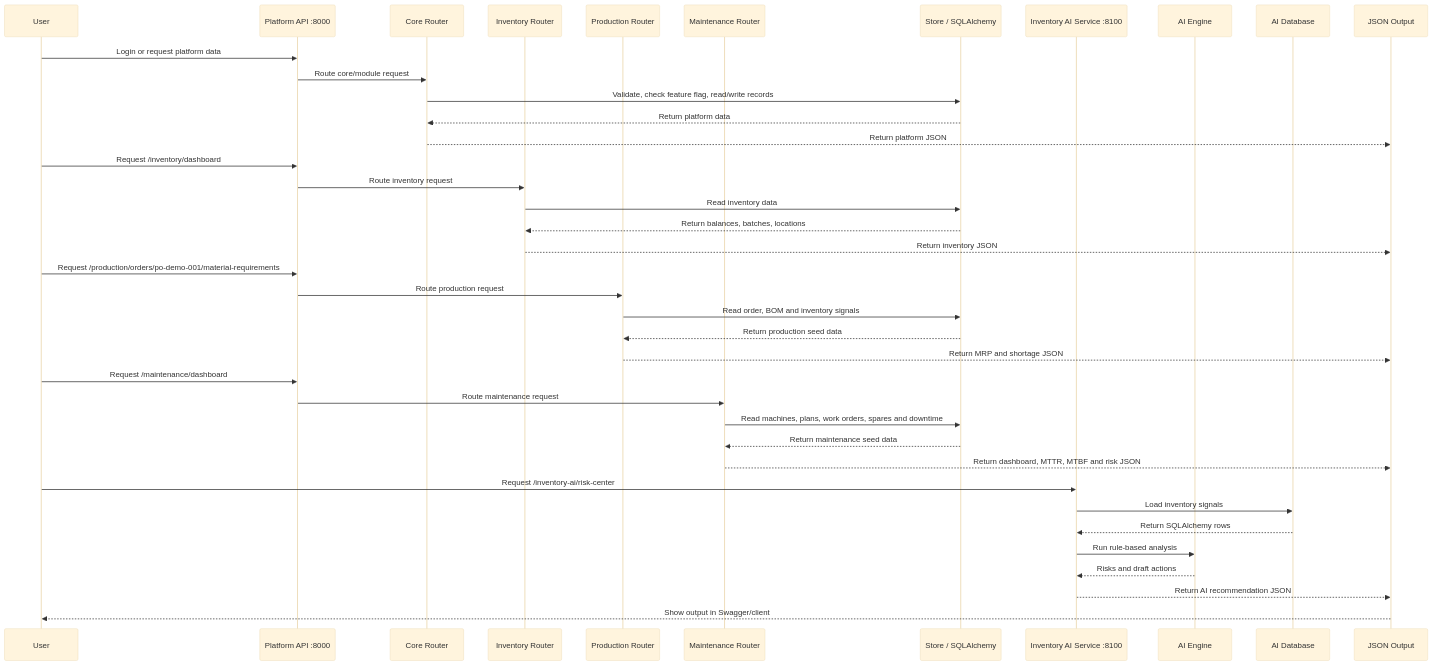
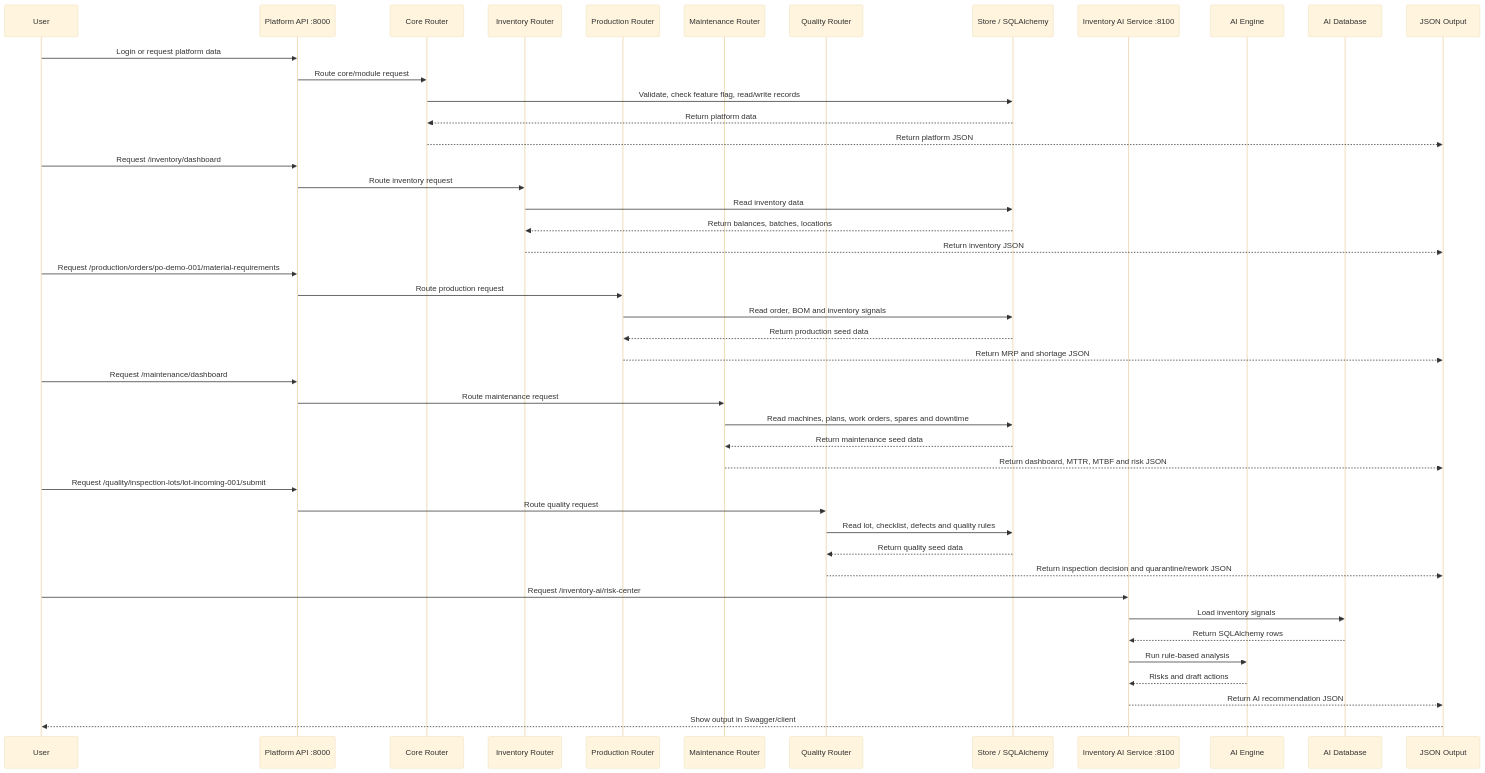
The eighth of 9 diagrams in docs/end-to-end-scheme.md (vinodreddy1999/manufacturing-operations-platform), drawn with Mermaid (base theme) before and after one commit. The commit also changed other lines of this file and 10 other files, not shown here.

````diff
--- a/docs/end-to-end-scheme.md
+++ b/docs/end-to-end-scheme.md
@@ -360,46 +416,53 @@
 ```mermaid
 sequenceDiagram
     participant U as User
     participant P as Platform API :8000
     participant C as Core Router
     participant I as Inventory Router
     participant R as Production Router
     participant M as Maintenance Router
+    participant Q as Quality Router
     participant S as Store / SQLAlchemy
     participant A as Inventory AI Service :8100
     participant E as AI Engine
     participant D as AI Database
     participant O as JSON Output
 
     U->>P: Login or request platform data
     P->>C: Route core/module request
     C->>S: Validate, check feature flag, read/write records
     S-->>C: Return platform data
     C-->>O: Return platform JSON
 
     U->>P: Request /inventory/dashboard
     P->>I: Route inventory request
     I->>S: Read inventory data
     S-->>I: Return balances, batches, locations
     I-->>O: Return inventory JSON
 
     U->>P: Request /production/orders/po-demo-001/material-requirements
     P->>R: Route production request
     R->>S: Read order, BOM and inventory signals
     S-->>R: Return production seed data
     R-->>O: Return MRP and shortage JSON
 
     U->>P: Request /maintenance/dashboard
     P->>M: Route maintenance request
     M->>S: Read machines, plans, work orders, spares and downtime
     S-->>M: Return maintenance seed data
     M-->>O: Return dashboard, MTTR, MTBF and risk JSON
 
+    U->>P: Request /quality/inspection-lots/lot-incoming-001/submit
+    P->>Q: Route quality request
+    Q->>S: Read lot, checklist, defects and quality rules
+    S-->>Q: Return quality seed data
+    Q-->>O: Return inspection decision and quarantine/rework JSON
+
     U->>A: Request /inventory-ai/risk-center
     A->>D: Load inventory signals
     D-->>A: Return SQLAlchemy rows
     A->>E: Run rule-based analysis
     E-->>A: Risks and draft actions
     A-->>O: Return AI recommendation JSON
     O-->>U: Show output in Swagger/client
 ```
````
